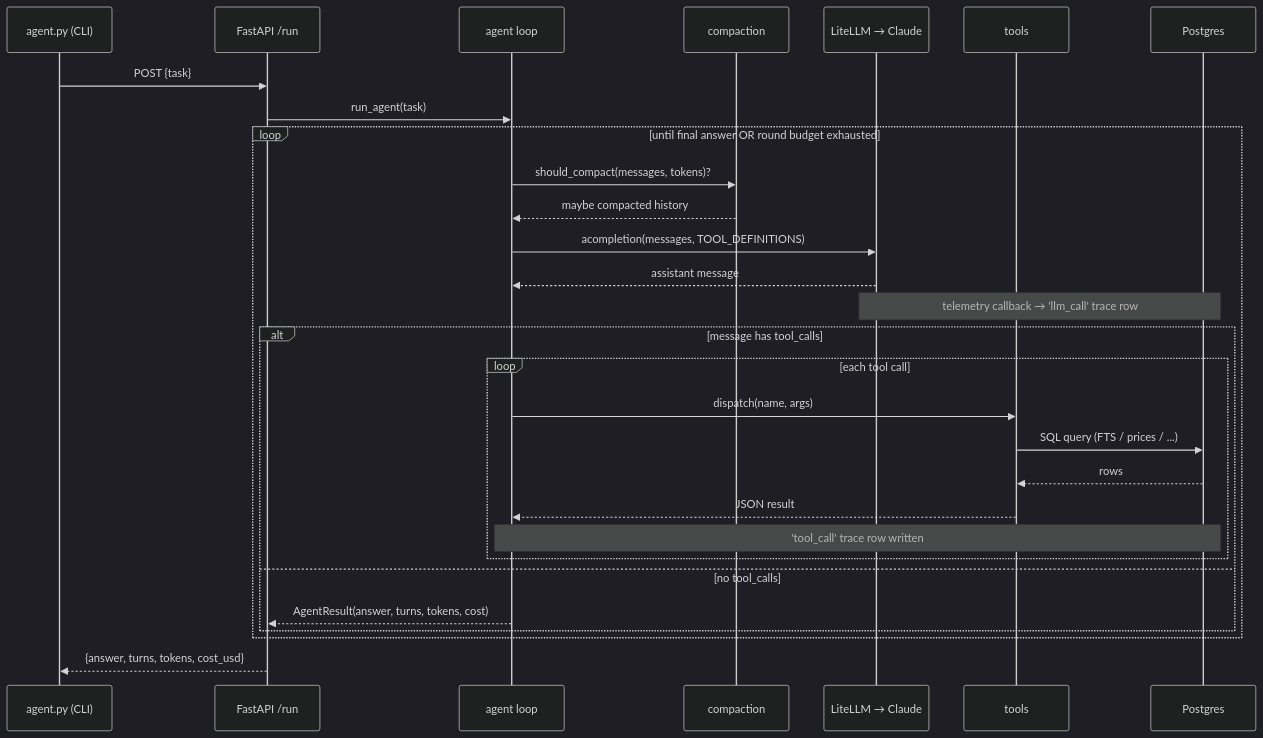
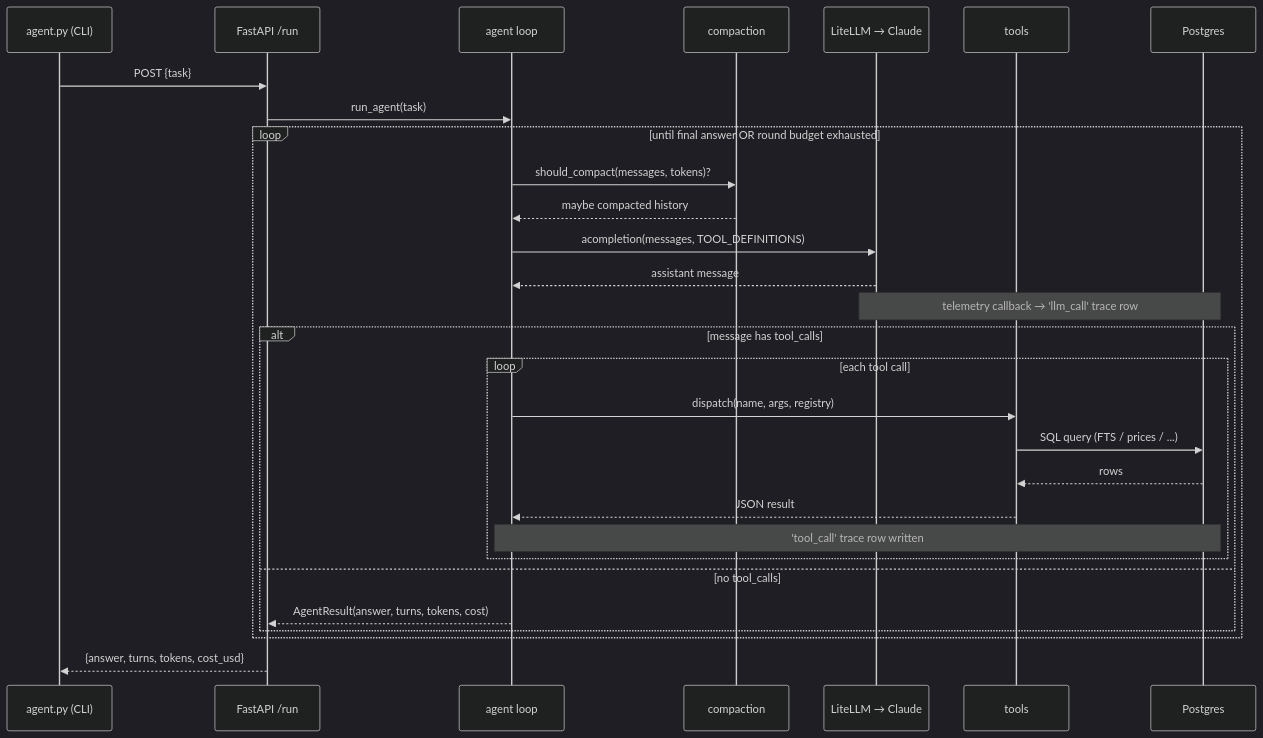
Before and after one commit to 11oyduhh/StockNewsAgent: the second of 5 diagrams in ARCHITECTURE.md, drawn with Mermaid (dark theme). The commit also changed other lines of this file and 3 other files, not shown here.

````diff
--- a/ARCHITECTURE.md
+++ b/ARCHITECTURE.md
@@ -46,35 +46,35 @@
 ```mermaid
 sequenceDiagram
     participant U as agent.py (CLI)
     participant F as FastAPI /run
     participant L as agent loop
     participant C as compaction
     participant LLM as LiteLLM → Claude
     participant T as tools
     participant DB as Postgres
 
     U->>F: POST {task}
     F->>L: run_agent(task)
 
     loop until final answer OR round budget exhausted
         L->>C: should_compact(messages, tokens)?
         C-->>L: maybe compacted history
         L->>LLM: acompletion(messages, TOOL_DEFINITIONS)
         LLM-->>L: assistant message
         Note over LLM,DB: telemetry callback → 'llm_call' trace row
 
         alt message has tool_calls
             loop each tool call
-                L->>T: dispatch(name, args)
+                L->>T: dispatch(name, args, registry)
                 T->>DB: SQL query (FTS / prices / ...)
                 DB-->>T: rows
                 T-->>L: JSON result
                 Note over L,DB: 'tool_call' trace row written
             end
         else no tool_calls
             L-->>F: AgentResult(answer, turns, tokens, cost)
         end
     end
 
     F-->>U: {answer, turns, tokens, cost_usd}
 ```
````
